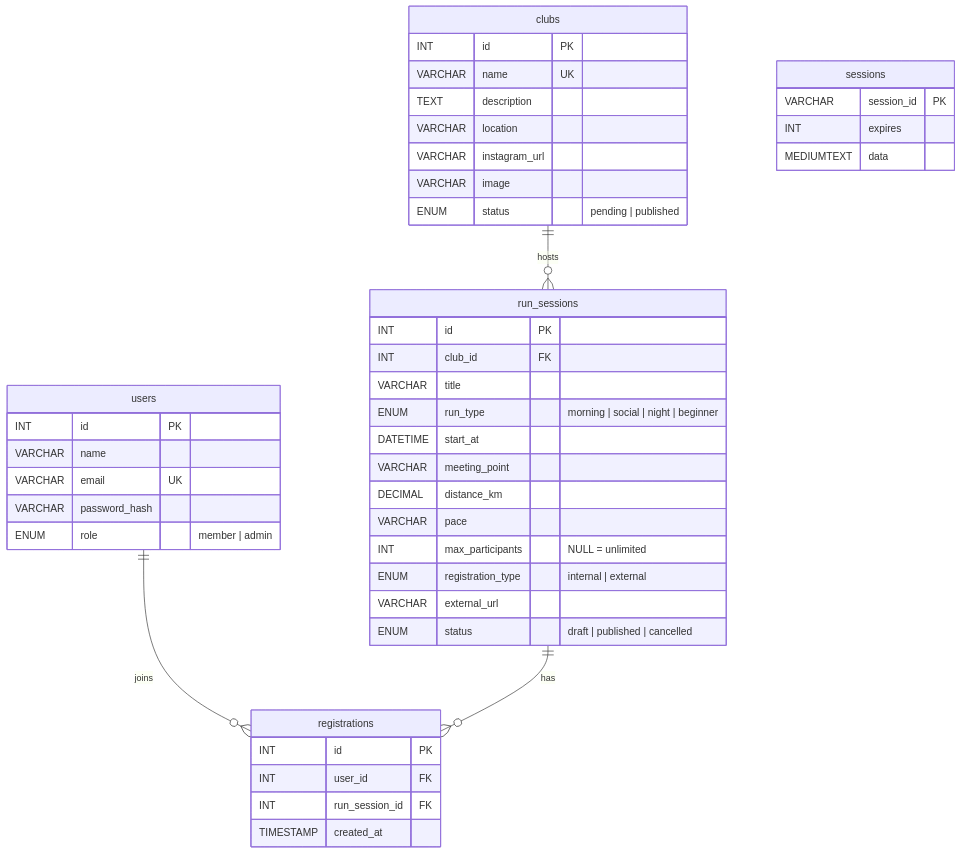
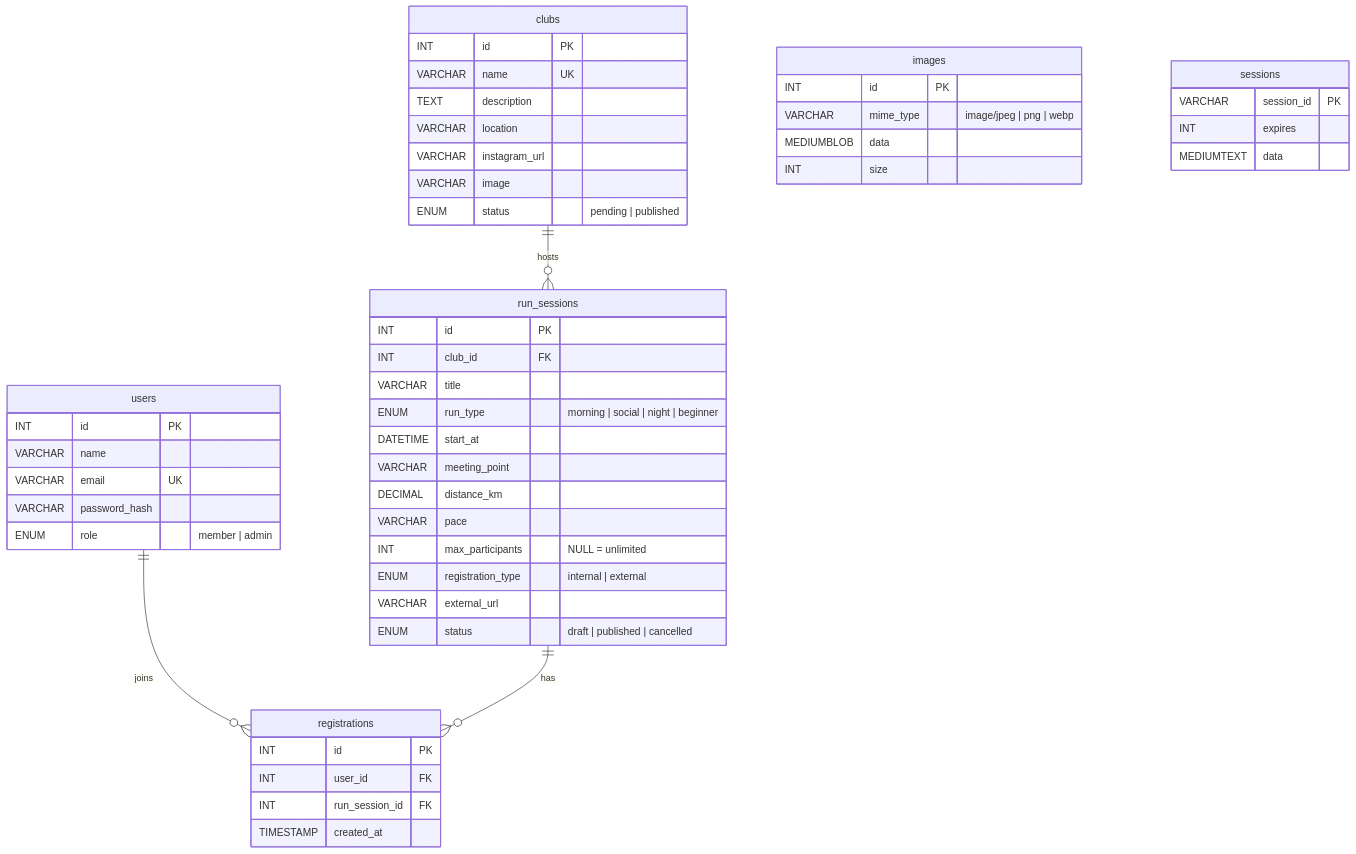
Before and after one commit to pakamonnoey/runclubver2: the diagram in database/README.md, drawn with Mermaid. The commit also changed other lines of this file and 18 other files, not shown here.

First line of the commit message:
Admin image upload stored in DB (images table), served at /uploads/:id

````diff
--- a/database/README.md
+++ b/database/README.md
@@ -7,48 +7,54 @@
 ```mermaid
 erDiagram
     users ||--o{ registrations : "joins"
     clubs ||--o{ run_sessions : "hosts"
     run_sessions ||--o{ registrations : "has"
 
     users {
         INT id PK
         VARCHAR name
         VARCHAR email UK
         VARCHAR password_hash
         ENUM role "member | admin"
     }
     clubs {
         INT id PK
         VARCHAR name UK
         TEXT description
         VARCHAR location
         VARCHAR instagram_url
         VARCHAR image
         ENUM status "pending | published"
     }
     run_sessions {
         INT id PK
         INT club_id FK
         VARCHAR title
         ENUM run_type "morning | social | night | beginner"
         DATETIME start_at
         VARCHAR meeting_point
         DECIMAL distance_km
         VARCHAR pace
         INT max_participants "NULL = unlimited"
         ENUM registration_type "internal | external"
         VARCHAR external_url
         ENUM status "draft | published | cancelled"
     }
     registrations {
         INT id PK
         INT user_id FK
         INT run_session_id FK
         TIMESTAMP created_at
     }
+    images {
+        INT id PK
+        VARCHAR mime_type "image/jpeg | png | webp"
+        MEDIUMBLOB data
+        INT size
+    }
     sessions {
         VARCHAR session_id PK
         INT expires
         MEDIUMTEXT data
     }
 ```
````
